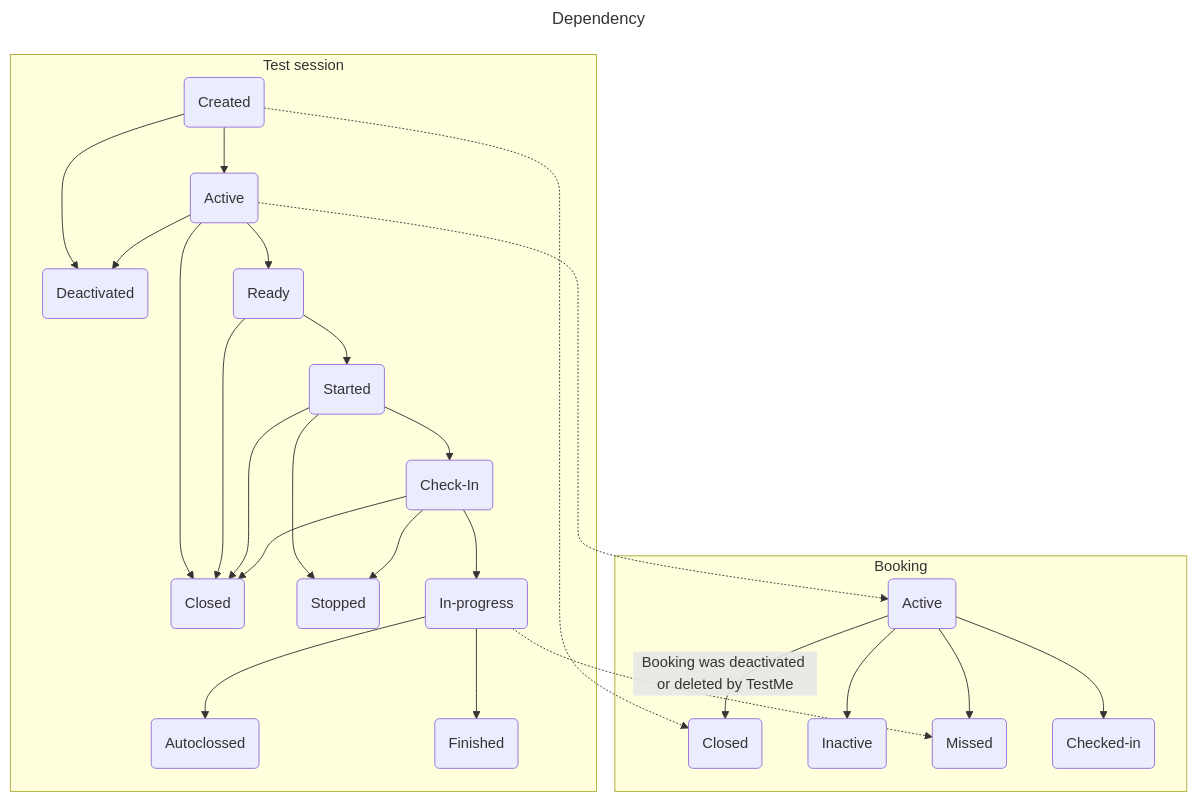
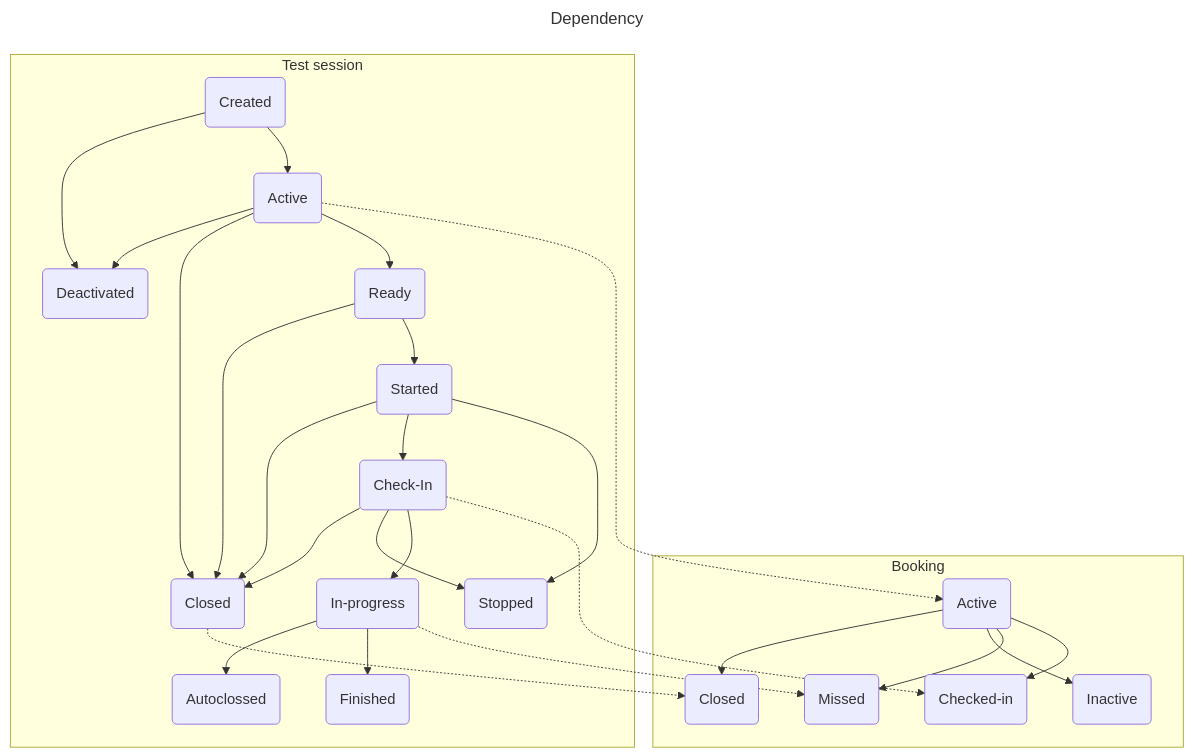
One commit to PavelBui/AtlasVault changed the fourth of 5 diagrams in README.md. Above: the diagram before and after it, drawn with Mermaid. The commit also changed other lines of this file, not shown here.

Commit message:
Updated Mermaid

````diff
--- a/README.md
+++ b/README.md
@@ -118,33 +119,34 @@
 ```mermaid
 ---
 title: Dependency
 ---
 graph TD
   subgraph Booking
-    AB(Active)-- Booking was deactivated or deleted by TestMe -->CB(Closed);
+    AB(Active)-->CB(Closed);
     AB-->IB(Inactive);
     AB-->MB(Missed);
     AB-->CIB(Checked-in);
   end
   subgraph Test session
     CTS(Created)-->DTS(Deactivated);
     CTS-->ATS(Active);
     ATS-->DTS;
     ATS-->CLTS(Closed);
     ATS-->RTS(Ready);
     RTS-->CLTS;
     RTS-->STS(Started);
     STS-->CLTS;
     STS-->CITS(Check-In);
     CITS-->CLTS;
     STS-->STTS(Stopped);
     CITS-->STTS;
     CITS-->IPTS(In-progress);
     IPTS-->ACTS(Autoclossed);
     IPTS-->FTS(Finished);
-  end  
+  end
   ATS-.->AB
-  CTS-.->CB
+  CLTS-.->CB
+  CITS-.->CIB
   IPTS-.->MB
   classDef noBorder stroke-width:0,fill:transparent;
 ```
````
